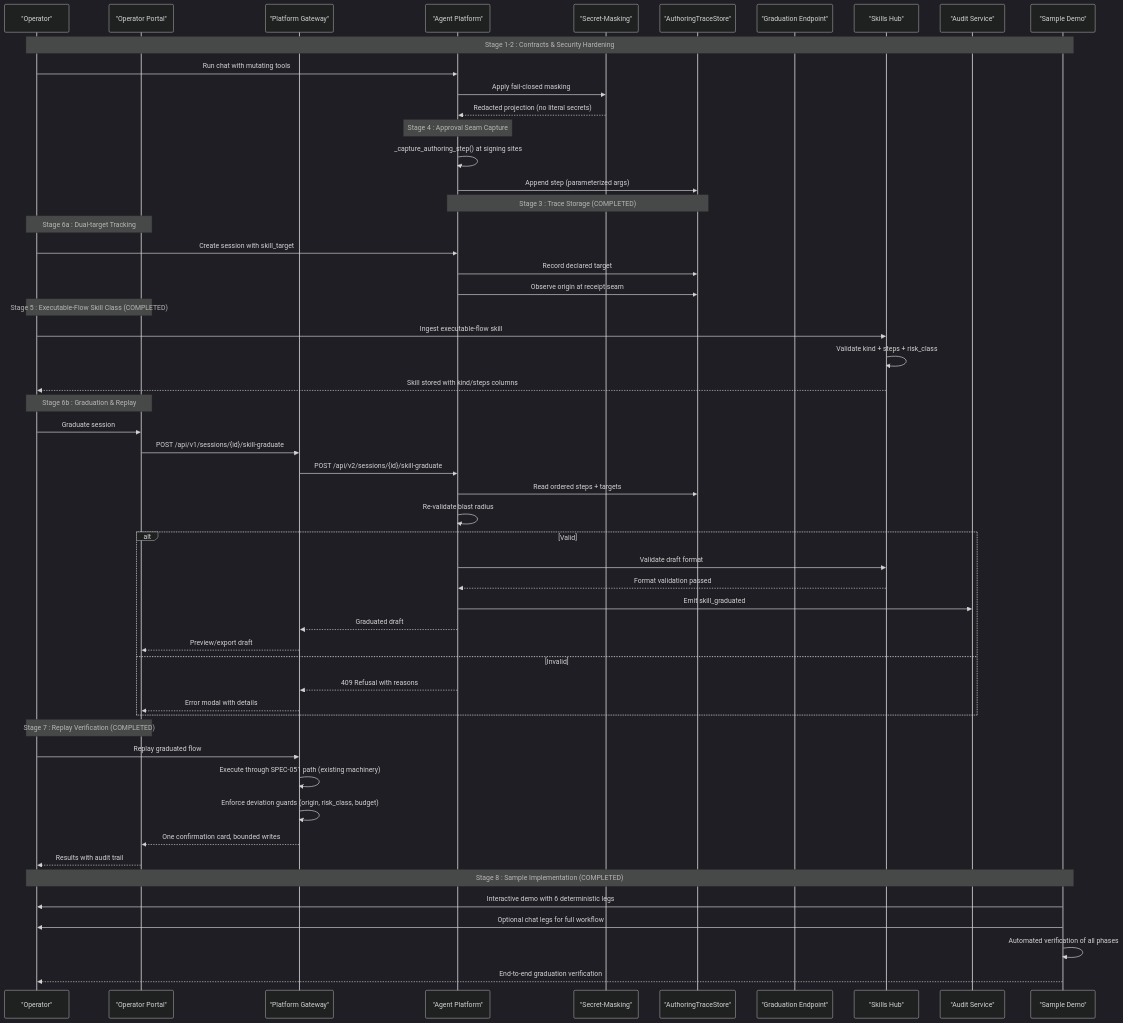
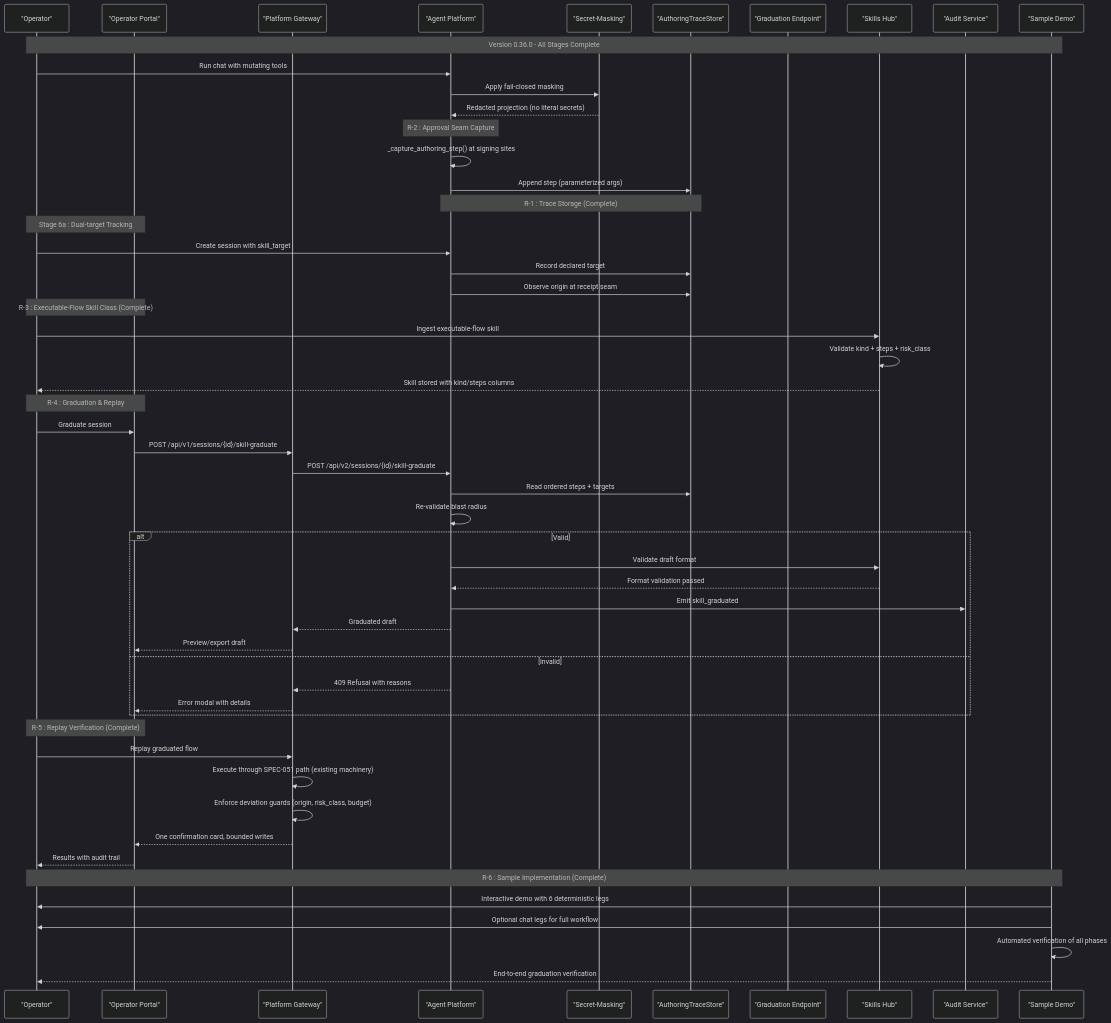
Before and after one commit to metasync/luban-aiops: the second of 11 diagrams in .qoder/repowiki/en/content/Architecture Documentation/SPEC-055_ Develop-as-You-Go Skill Graduation.md, drawn with Mermaid (dark theme). The commit also changed other lines of this file and 6 other files, not shown here.

````diff
--- a/.qoder/repowiki/en/content/Architecture Documentation/SPEC-055_ Develop-as-You-Go Skill Graduation.md
+++ b/.qoder/repowiki/en/content/Architecture Documentation/SPEC-055_ Develop-as-You-Go Skill Graduation.md
@@ -193,56 +193,56 @@
 ```mermaid
 sequenceDiagram
 participant Operator as "Operator"
 participant Portal as "Operator Portal"
 participant GW as "Platform Gateway"
 participant Agent as "Agent Platform"
 participant Mask as "Secret-Masking"
 participant Trace as "AuthoringTraceStore"
 participant Grad as "Graduation Endpoint"
 participant Hub as "Skills Hub"
 participant Audit as "Audit Service"
 participant Demo as "Sample Demo"
-Note over Operator,Demo : Stage 1-2 : Contracts & Security Hardening
+Note over Operator,Demo : Version 0.36.0 - All Stages Complete
 Operator->>Agent : Run chat with mutating tools
 Agent->>Mask : Apply fail-closed masking
 Mask-->>Agent : Redacted projection (no literal secrets)
-Note over Agent,Agent : Stage 4 : Approval Seam Capture
+Note over Agent,Agent : R-2 : Approval Seam Capture
 Agent->>Agent : _capture_authoring_step() at signing sites
 Agent->>Trace : Append step (parameterized args)
-Note over Agent,Trace : Stage 3 : Trace Storage (COMPLETED)
+Note over Agent,Trace : R-1 : Trace Storage (Complete)
 Note over Operator,Portal : Stage 6a : Dual-target Tracking
 Operator->>Agent : Create session with skill_target
 Agent->>Trace : Record declared target
 Agent->>Trace : Observe origin at receipt seam
-Note over Operator,Portal : Stage 5 : Executable-Flow Skill Class (COMPLETED)
+Note over Operator,Portal : R-3 : Executable-Flow Skill Class (Complete)
 Operator->>Hub : Ingest executable-flow skill
 Hub->>Hub : Validate kind + steps + risk_class
 Hub-->>Operator : Skill stored with kind/steps columns
-Note over Portal,Operator : Stage 6b : Graduation & Replay
+Note over Portal,Operator : R-4 : Graduation & Replay
 Operator->>Portal : Graduate session
 Portal->>GW : POST /api/v1/sessions/{id}/skill-graduate
 GW->>Agent : POST /api/v2/sessions/{id}/skill-graduate
 Agent->>Trace : Read ordered steps + targets
 Agent->>Agent : Re-validate blast radius
 alt Valid
 Agent->>Hub : Validate draft format
 Hub-->>Agent : Format validation passed
 Agent->>Audit : Emit skill_graduated
 Agent-->>GW : Graduated draft
 GW-->>Portal : Preview/export draft
 else Invalid
 Agent-->>GW : 409 Refusal with reasons
 GW-->>Portal : Error modal with details
 end
-Note over Portal,Operator : Stage 7 : Replay Verification (COMPLETED)
+Note over Portal,Operator : R-5 : Replay Verification (Complete)
 Operator->>GW : Replay graduated flow
 GW->>GW : Execute through SPEC-051 path (existing machinery)
 GW->>GW : Enforce deviation guards (origin, risk_class, budget)
 GW-->>Portal : One confirmation card, bounded writes
 Portal-->>Operator : Results with audit trail
-Note over Demo,Operator : Stage 8 : Sample Implementation (COMPLETED)
+Note over Demo,Operator : R-6 : Sample Implementation (Complete)
 Demo->>Operator : Interactive demo with 6 deterministic legs
 Demo->>Operator : Optional chat legs for full workflow
 Demo->>Demo : Automated verification of all phases
 Demo-->>Operator : End-to-end graduation verification
 ```
````
